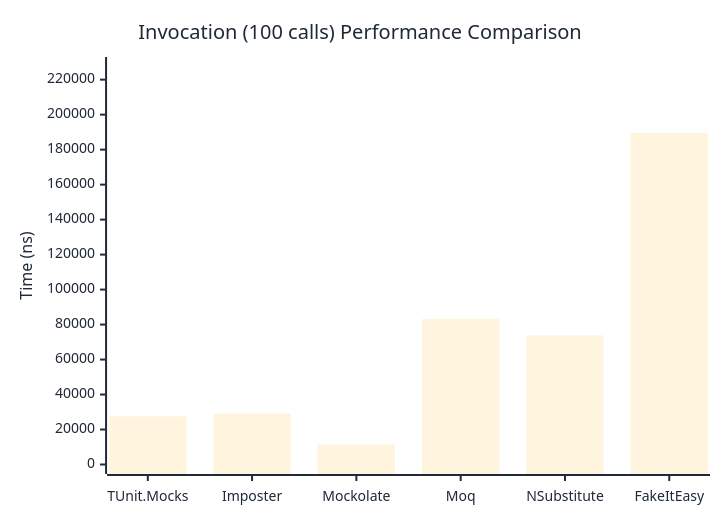
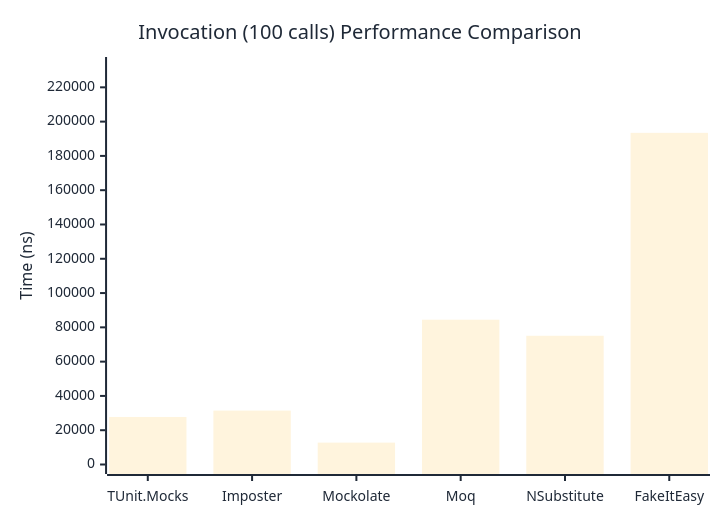
Before and after one commit to thomhurst/TUnit: the third of 3 diagrams in docs/docs/benchmarks/mocks/Invocation.md, drawn with Mermaid. The commit also changed other lines of this file and 14 other files, not shown here.

````diff
--- a/docs/docs/benchmarks/mocks/Invocation.md
+++ b/docs/docs/benchmarks/mocks/Invocation.md
@@ -112,27 +112,27 @@
 ```mermaid
 %%{init: {
   'theme':'base',
   'themeVariables': {
     'primaryColor': '#2563eb',
     'primaryTextColor': '#1f2937',
     'primaryBorderColor': '#1e40af',
     'lineColor': '#6b7280',
     'secondaryColor': '#7c3aed',
     'tertiaryColor': '#dc2626',
     'background': '#ffffff',
     'pie1': '#2563eb',
     'pie2': '#7c3aed',
     'pie3': '#dc2626',
     'pie4': '#f59e0b',
     'pie5': '#10b981',
     'pie6': '#06b6d4',
     'pie7': '#ec4899',
     'pie8': '#6366f1'
   }
 }}%%
 xychart-beta
   title "Invocation (100 calls) Performance Comparison"
   x-axis ["TUnit.Mocks", "Imposter", "Mockolate", "Moq", "NSubstitute", "FakeItEasy"]
-  y-axis "Time (ns)" 0 --> 227526
-  bar [27510.06, 29165.33, 11450.03, 83228.57, 73835.14, 189604.89]
+  y-axis "Time (ns)" 0 --> 232150
+  bar [27727.5, 31440, 12764.4, 84451, 75095.8, 193457.6]
 ```
````
